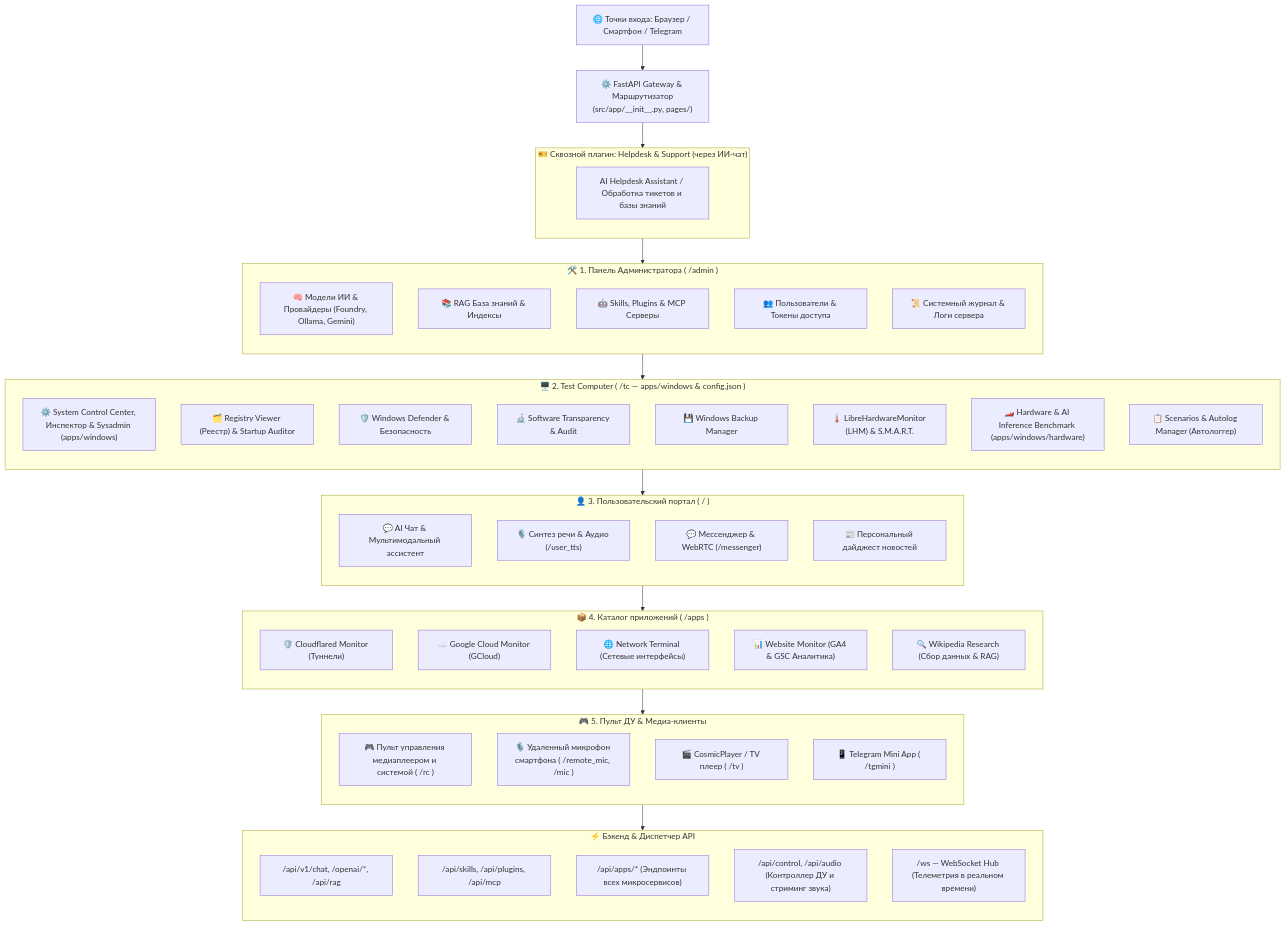
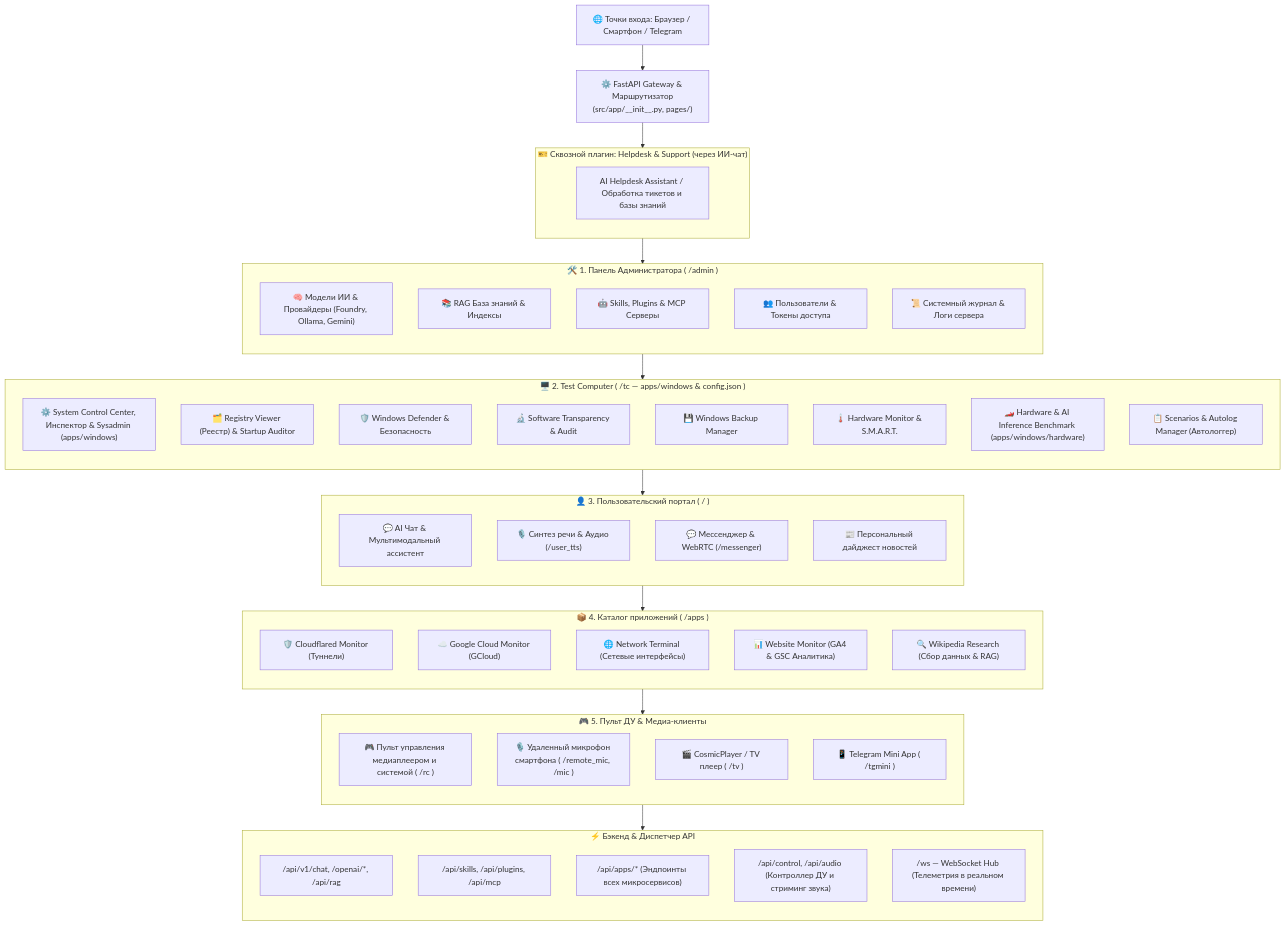
Before and after one commit to hypo69/AI-TC: the diagram in docs/ru/manual/web_interfaces.md, drawn with Mermaid. The commit also changed other lines of this file and 1460 other files, not shown here.

````diff
--- a/docs/ru/manual/web_interfaces.md
+++ b/docs/ru/manual/web_interfaces.md
@@ -21,80 +21,80 @@
 ```mermaid
 flowchart TD
     %% 1. Клиенты
     Клиенты["🌐 Точки входа: Браузер / Смартфон / Telegram"]
     --> Шлюз["⚙️ FastAPI Gateway & Маршрутизатор\n(src/app/__init__.py, pages/)"]
 
     %% 2. Сквозной Helpdesk
     Шлюз --> CrossLayer
     subgraph CrossLayer["🎫 Сквозной плагин: Helpdesk & Support (через ИИ-чат)"]
         direction TB
         HD["AI Helpdesk Assistant / Обработка тикетов и базы знаний"]
     end
 
     %% 3. [1] Панель Администратора
     CrossLayer --> Админ
     subgraph Админ["🛠️ 1. Панель Администратора ( /admin )"]
         direction TB
         A1["🧠 Модели ИИ & Провайдеры (Foundry, Ollama, Gemini)"]
         A2["📚 RAG База знаний & Индексы"]
         A3["🤖 Skills, Plugins & MCP Серверы"]
         A4["👥 Пользователи & Токены доступа"]
         A5["📜 Системный журнал & Логи сервера"]
     end
 
     %% 4. [2] Test Computer
     Админ --> TC
     subgraph TC["🖥️ 2. Test Computer ( /tc — apps/windows & config.json )"]
         direction TB
         W1["⚙️ System Control Center, Инспектор & Sysadmin (apps/windows)"]
         W2["🗂️ Registry Viewer (Реестр) & Startup Auditor"]
         W3["🛡️ Windows Defender & Безопасность"]
         W4["🔬 Software Transparency & Audit"]
         W5["💾 Windows Backup Manager"]
-        H1["🌡️ LibreHardwareMonitor (LHM) & S.M.A.R.T."]
+        H1["🌡️ Hardware Monitor & S.M.A.R.T."]
         H2["🏎️ Hardware & AI Inference Benchmark (apps/windows/hardware)"]
         H3["📋 Scenarios & Autolog Manager (Автологгер)"]
     end
 
     %% 5. [3] Пользовательский портал
     TC --> Пользователь
     subgraph Пользователь["👤 3. Пользовательский портал ( / )"]
         direction TB
         U1["💬 AI Чат & Мультимодальный ассистент"]
         U2["🎙️ Синтез речи & Аудио (/user_tts)"]
         U3["💬 Мессенджер & WebRTC (/messenger)"]
         U4["📰 Персональный дайджест новостей"]
     end
 
     %% 6. [4] Каталог приложений
     Пользователь --> Apps
     subgraph Apps["📦 4. Каталог приложений ( /apps )"]
         direction TB
         AC1["🛡️ Cloudflared Monitor (Туннели)"]
         AC2["☁️ Google Cloud Monitor (GCloud)"]
         AC3["🌐 Network Terminal (Сетевые интерфейсы)"]
         AB1["📊 Website Monitor (GA4 & GSC Аналитика)"]
         AB3["🔍 Wikipedia Research (Сбор данных & RAG)"]
     end
 
     %% 7. [5] Пульт ДУ и Медиа
     Apps --> МедиаRC
     subgraph МедиаRC["🎮 5. Пульт ДУ & Медиа-клиенты"]
         direction TB
         RC1["🎮 Пульт управления медиаплеером и системой ( /rc )"]
         RC2["🎙️ Удаленный микрофон смартфона ( /remote_mic, /mic )"]
         RC3["🎬 CosmicPlayer / TV плеер ( /tv )"]
         RC4["📱 Telegram Mini App ( /tgmini )"]
     end
 
     %% 8. Бэкенд
     МедиаRC --> Бэкенд
     subgraph Бэкенд["⚡ Бэкенд & Диспетчер API"]
         direction TB
         B1["/api/v1/chat, /openai/*, /api/rag"]
         B2["/api/skills, /api/plugins, /api/mcp"]
         B3["/api/apps/* (Эндпоинты всех микросервисов)"]
         B4["/api/control, /api/audio (Контроллер ДУ и стриминг звука)"]
         B5["/ws — WebSocket Hub (Телеметрия в реальном времени)"]
     end
 ```
````
